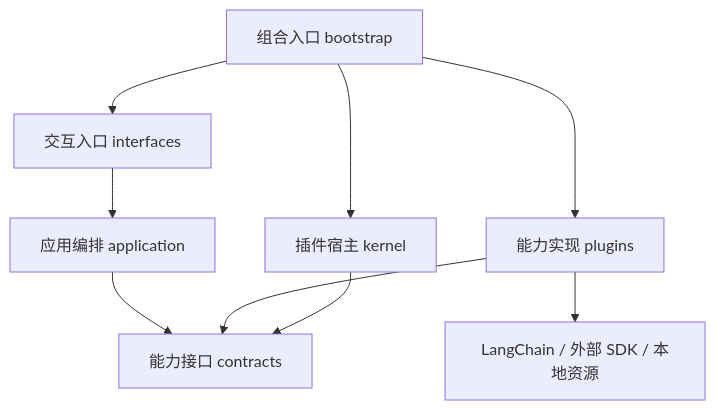
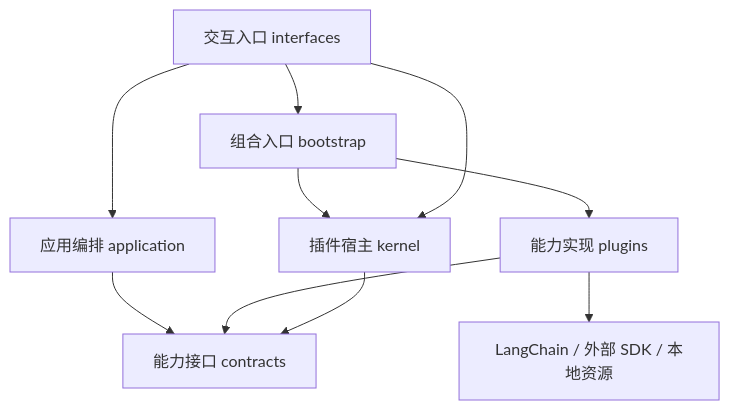
The diagram in docs/architecture.md (yuqiao/BridgeAgent), drawn with Mermaid before and after one commit. The commit also changed other lines of this file and 40 other files, not shown here.

````diff
--- a/docs/architecture.md
+++ b/docs/architecture.md
@@ -30,11 +30,12 @@
 ```mermaid
 flowchart TD
     B[组合入口 bootstrap] --> K[插件宿主 kernel]
     B --> P[能力实现 plugins]
-    B --> I[交互入口 interfaces]
+    I[交互入口 interfaces] --> B
+    I --> K
     I --> A[应用编排 application]
     A --> C[能力接口 contracts]
     P --> C
     K --> C
     P --> L[LangChain / 外部 SDK / 本地资源]
 ```
````
